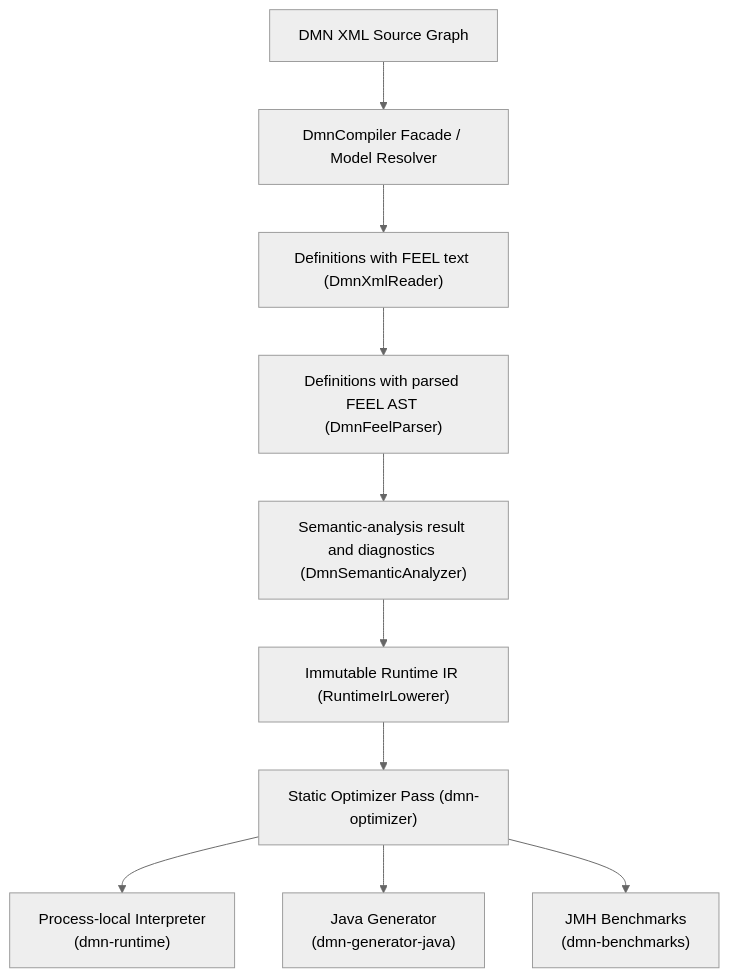
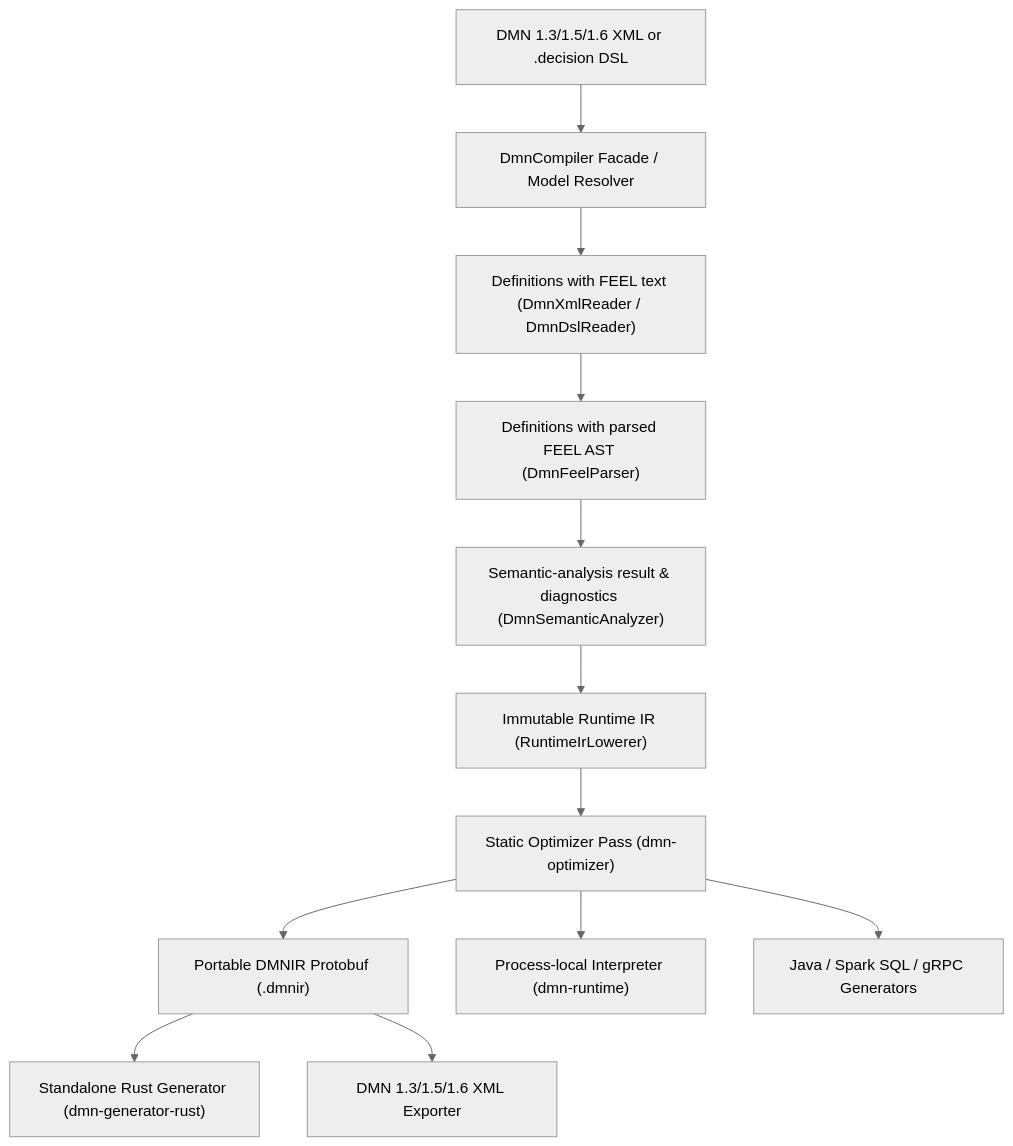
One commit to finmsg-io/dmn-compiler-toolkit changed the diagram in docs/index.md. Above: the diagram before and after it, drawn with Mermaid. The commit also changed 8 other files, not shown here.

````diff
--- a/docs/index.md
+++ b/docs/index.md
@@ -30,13 +30,15 @@
 ```mermaid
 %%{init: {'theme':'neutral'}}%%
 flowchart TD
-    XML["DMN XML Source Graph"] --> Facade["DmnCompiler Facade / Model Resolver"]
-    Facade --> XMLReader["Definitions with FEEL text (DmnXmlReader)"]
-    XMLReader --> FeelParser["Definitions with parsed FEEL AST (DmnFeelParser)"]
-    FeelParser --> SemAnalysis["Semantic-analysis result and diagnostics (DmnSemanticAnalyzer)"]
+    SRC["DMN 1.3/1.5/1.6 XML or .decision DSL"] --> Facade["DmnCompiler Facade / Model Resolver"]
+    Facade --> Frontend["Definitions with FEEL text (DmnXmlReader / DmnDslReader)"]
+    Frontend --> FeelParser["Definitions with parsed FEEL AST (DmnFeelParser)"]
+    FeelParser --> SemAnalysis["Semantic-analysis result & diagnostics (DmnSemanticAnalyzer)"]
     SemAnalysis --> Lowerer["Immutable Runtime IR (RuntimeIrLowerer)"]
     Lowerer --> Optimizer["Static Optimizer Pass (dmn-optimizer)"]
-    Optimizer --> Interp["Process-local Interpreter<br/>(dmn-runtime)"]
-    Optimizer --> JavaGen["Java Generator<br/>(dmn-generator-java)"]
-    Optimizer --> JMH["JMH Benchmarks<br/>(dmn-benchmarks)"]
+    Optimizer --> DMNIR["Portable DMNIR Protobuf (.dmnir)"]
+    Optimizer --> Interp["Process-local Interpreter (dmn-runtime)"]
+    Optimizer --> JavaGen["Java / Spark SQL / gRPC Generators"]
+    DMNIR --> RustGen["Standalone Rust Generator (dmn-generator-rust)"]
+    DMNIR --> DmnExport["DMN 1.3/1.5/1.6 XML Exporter"]
 ```
````
